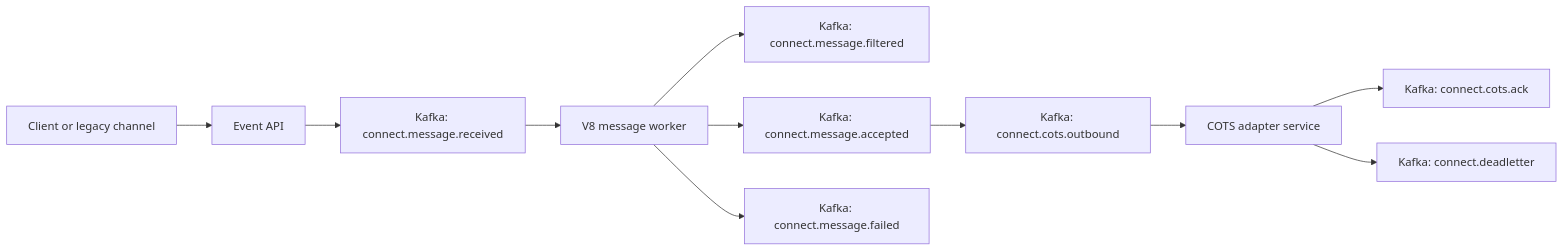
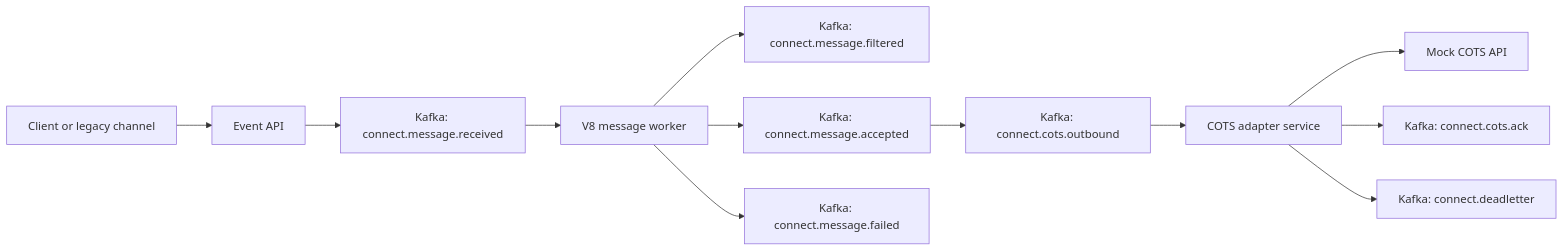
The diagram in docs/architecture.md (trpk75/modernized-connect-v8-kafka), drawn with Mermaid before and after one commit. The commit also changed other lines of this file and 9 other files, not shown here.

````diff
--- a/docs/architecture.md
+++ b/docs/architecture.md
@@ -3,13 +3,14 @@
 ```mermaid
 flowchart LR
   Client["Client or legacy channel"] --> Api["Event API"]
   Api --> Received["Kafka: connect.message.received"]
   Received --> Worker["V8 message worker"]
   Worker --> Filtered["Kafka: connect.message.filtered"]
   Worker --> Accepted["Kafka: connect.message.accepted"]
   Worker --> Failed["Kafka: connect.message.failed"]
   Accepted --> CotsTopic["Kafka: connect.cots.outbound"]
   CotsTopic --> CotsAdapter["COTS adapter service"]
+  CotsAdapter --> MockCots["Mock COTS API"]
   CotsAdapter --> Ack["Kafka: connect.cots.ack"]
   CotsAdapter --> Dlq["Kafka: connect.deadletter"]
 ```
````
